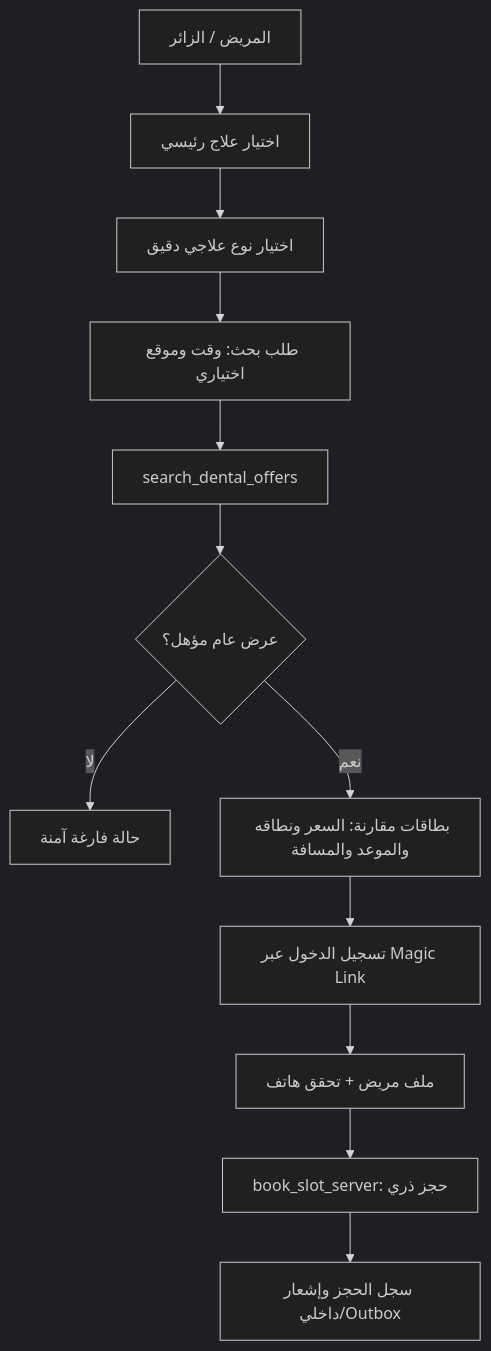
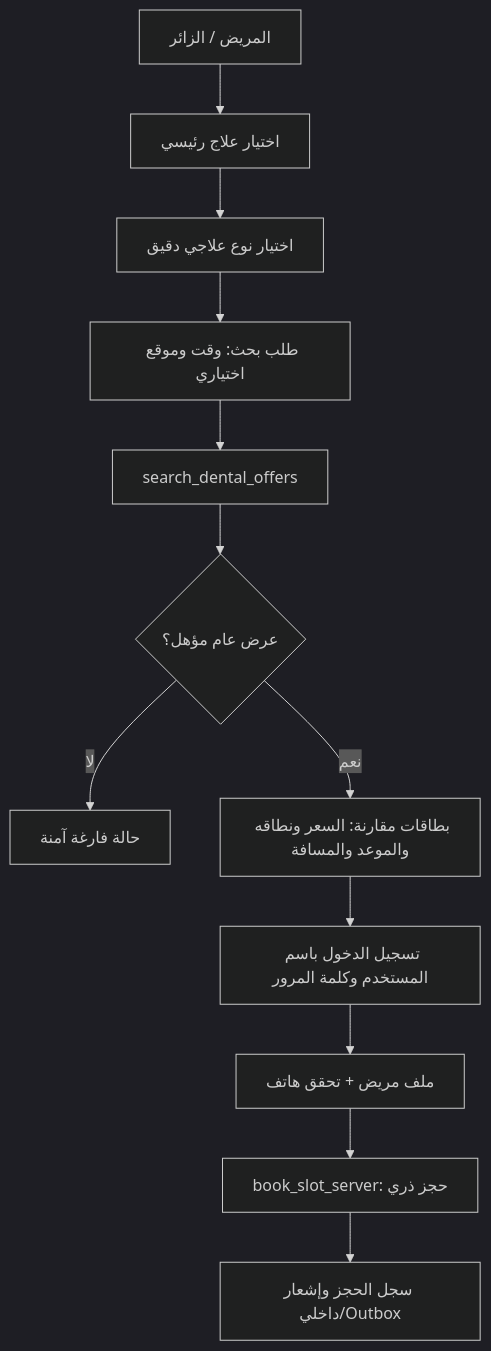
Before and after one commit to Bomussa/dental-marketplace-pwa: the first of 2 diagrams in README.md, drawn with Mermaid (dark theme). The commit also changed other lines of this file and 10 other files, not shown here.

````diff
--- a/README.md
+++ b/README.md
@@ -29,14 +29,14 @@
 ```mermaid
 flowchart TD
   A[المريض / الزائر] --> B[اختيار علاج رئيسي]
   B --> C[اختيار نوع علاجي دقيق]
   C --> D[طلب بحث: وقت وموقع اختياري]
   D --> E[search_dental_offers]
   E --> F{عرض عام مؤهل؟}
   F -- لا --> G[حالة فارغة آمنة]
   F -- نعم --> H[بطاقات مقارنة: السعر ونطاقه والموعد والمسافة]
-  H --> I[تسجيل الدخول عبر Magic Link]
+  H --> I[تسجيل الدخول باسم المستخدم وكلمة المرور]
   I --> J[ملف مريض + تحقق هاتف]
   J --> K[book_slot_server: حجز ذري]
   K --> L[سجل الحجز وإشعار داخلي/Outbox]
 ```
````
